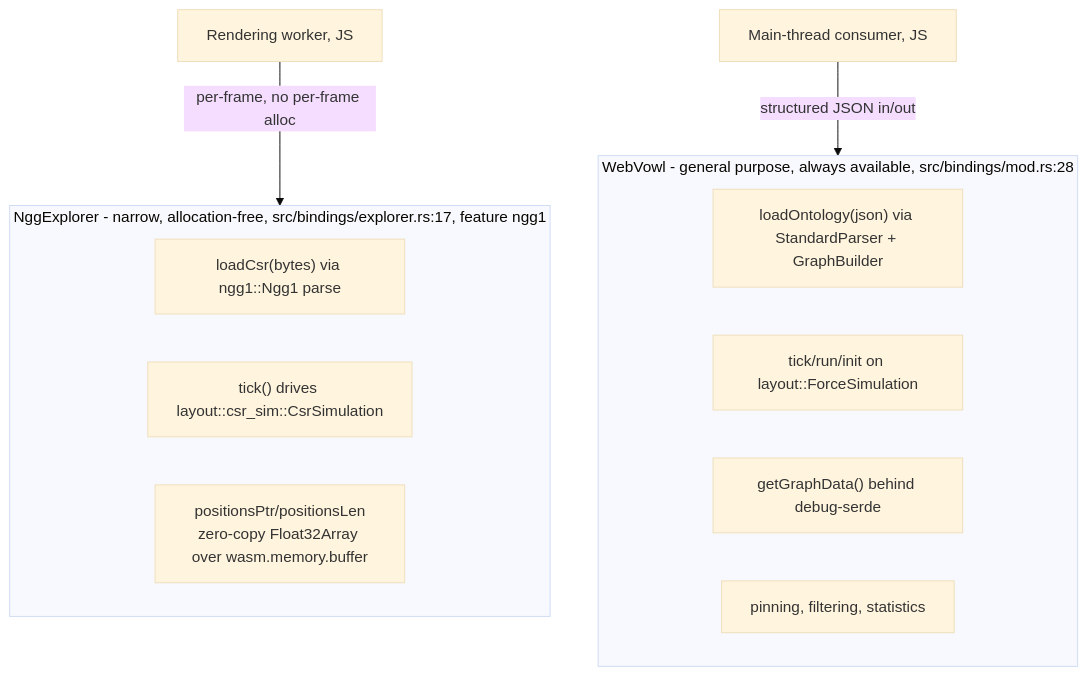
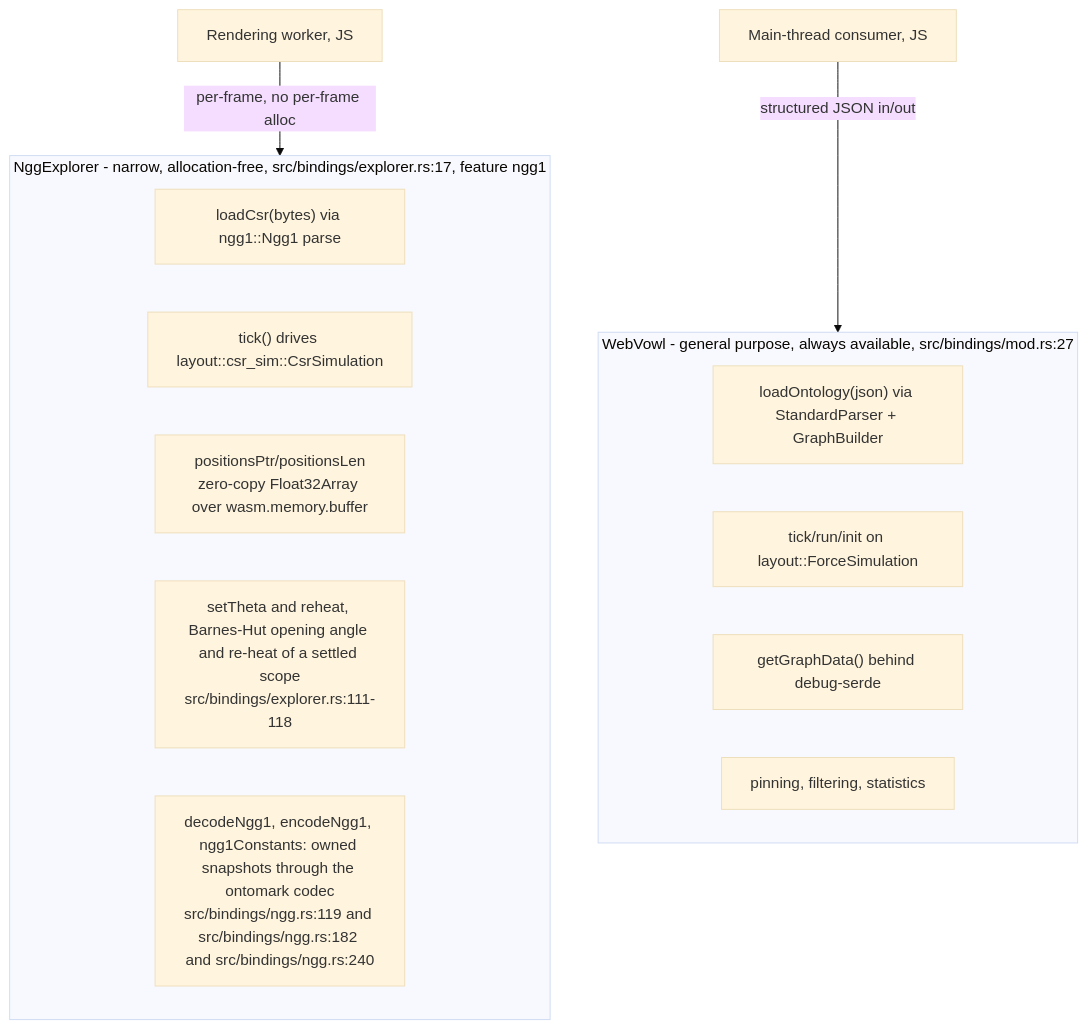
The fifth of 6 diagrams in docs/diagrams/vowl-wasm/01-crate-composition-and-wasm-boundary.md (DreamLab-AI/VisionFlow), drawn with Mermaid (base theme) before and after one commit. The commit also changed other lines of this file and 160 other files, not shown here.

````diff
--- a/docs/diagrams/vowl-wasm/01-crate-composition-and-wasm-boundary.md
+++ b/docs/diagrams/vowl-wasm/01-crate-composition-and-wasm-boundary.md
@@ -104,16 +106,18 @@
 ```mermaid
 flowchart TB
-    subgraph WebVowl["WebVowl - general purpose, always available, src/bindings/mod.rs:28"]
+    subgraph WebVowl["WebVowl - general purpose, always available, src/bindings/mod.rs:27"]
         WV1["loadOntology(json) via StandardParser + GraphBuilder"]
         WV2["tick/run/init on layout::ForceSimulation"]
         WV3["getGraphData() behind debug-serde"]
         WV4["pinning, filtering, statistics"]
     end
     subgraph NggExplorer["NggExplorer - narrow, allocation-free, src/bindings/explorer.rs:17, feature ngg1"]
         NG1["loadCsr(bytes) via ngg1::Ngg1 parse"]
         NG2["tick() drives layout::csr_sim::CsrSimulation"]
         NG3["positionsPtr/positionsLen<br/>zero-copy Float32Array over wasm.memory.buffer"]
+        NG4["setTheta and reheat, Barnes-Hut opening angle and re-heat of a settled scope<br/>src/bindings/explorer.rs:111-118"]
+        NG5["decodeNgg1, encodeNgg1, ngg1Constants: owned snapshots through the ontomark codec<br/>src/bindings/ngg.rs:119 and src/bindings/ngg.rs:182 and src/bindings/ngg.rs:240"]
     end
     Worker["Rendering worker, JS"] -->|"per-frame, no per-frame alloc"| NggExplorer
     MainThread["Main-thread consumer, JS"] -->|"structured JSON in/out"| WebVowl
 ```
````
